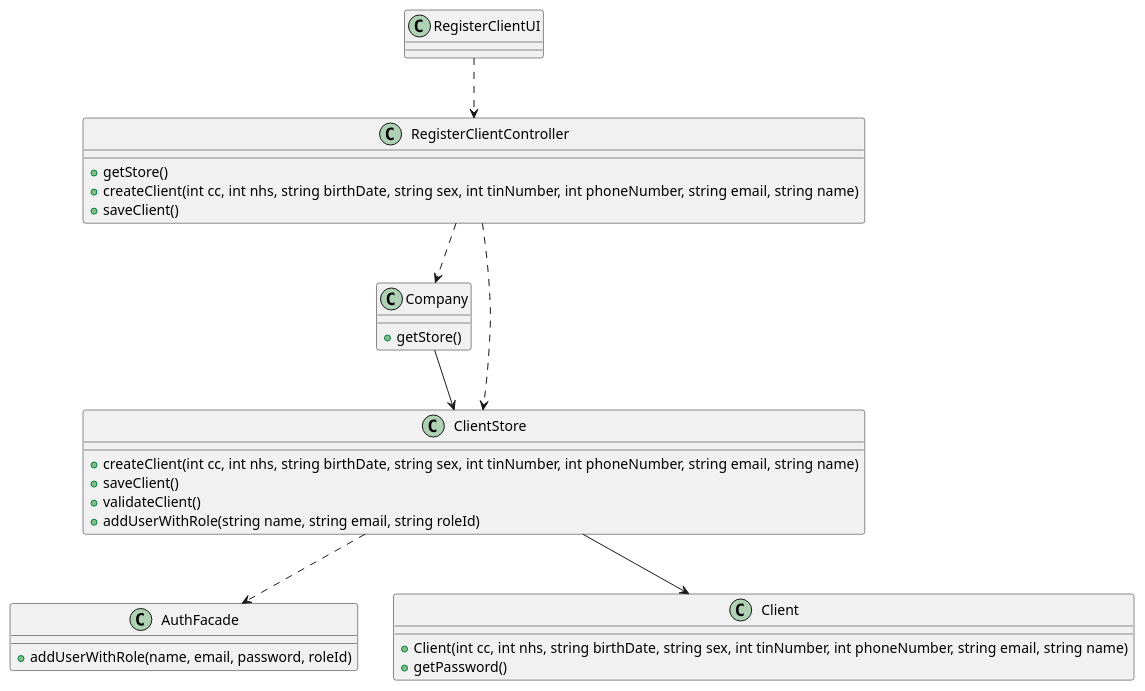
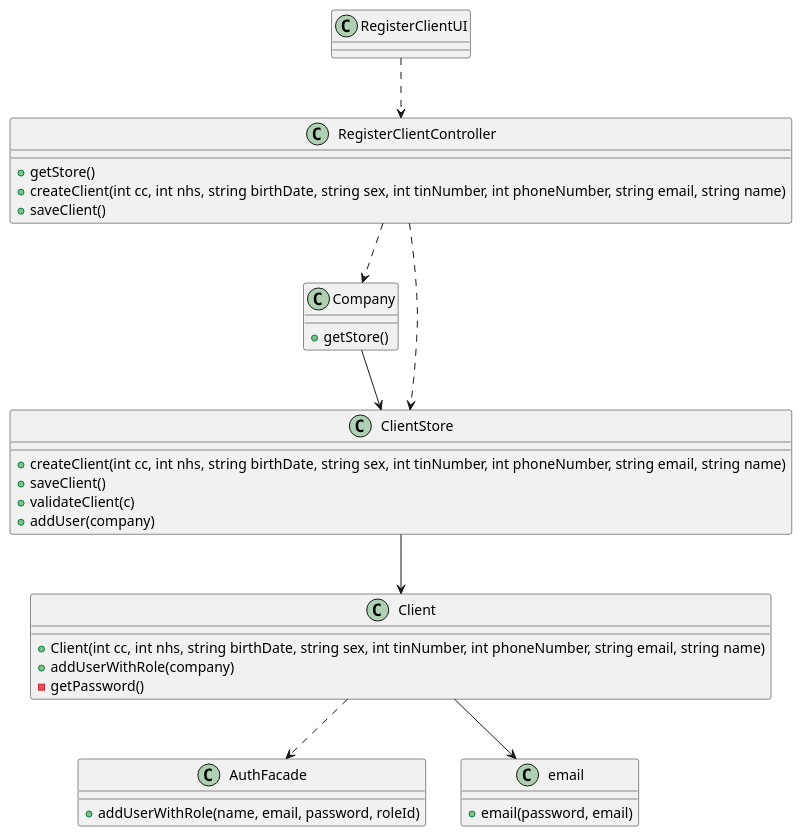
Before and after one commit to MarianaCLages/LAPR2: the diagram in docs/SprintB/US03/US3_CD.puml, drawn with PlantUML. The commit also changed 22 other files, not shown here.

Commit message:
US3 addUser, ClientStore and tests

```diff
--- a/docs/SprintB/US03/US3_CD.puml
+++ b/docs/SprintB/US03/US3_CD.puml
@@ -1,41 +1,47 @@
 @startuml
 
 class RegisterClientUI{
 }
 
 class RegisterClientController{
     + getStore()
     + createClient(int cc, int nhs, string birthDate, string sex, int tinNumber, int phoneNumber, string email, string name)
     + saveClient()
 }
 
 class AuthFacade{
-    +addUserWithRole(name, email, password, roleId)
+    + addUserWithRole(name, email, password, roleId)
 }
 
 
 class Company{
     + getStore()
 }
 
 class Client{
     + Client(int cc, int nhs, string birthDate, string sex, int tinNumber, int phoneNumber, string email, string name)
-    + getPassword()
+    + addUserWithRole(company)
+    - getPassword()
+
 }
 
 class ClientStore{
     + createClient(int cc, int nhs, string birthDate, string sex, int tinNumber, int phoneNumber, string email, string name)
     + saveClient()
-    + validateClient()
-    + addUserWithRole(string name, string email, string roleId)
+    + validateClient(c)
+    + addUser(company)
 }
 
+class email{
++email(password, email)
+}
 
+Client --> email
 RegisterClientUI ..> RegisterClientController
 RegisterClientController ..> Company
 RegisterClientController ..> ClientStore
 Company --> ClientStore
 
 ClientStore --> Client
-ClientStore ..> AuthFacade
+Client ..> AuthFacade
 @enduml
```
